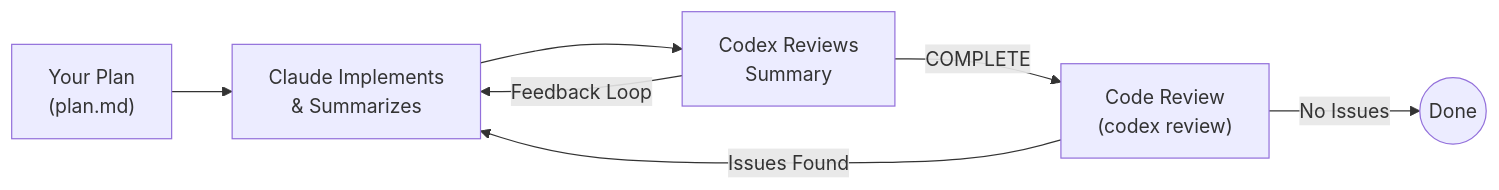
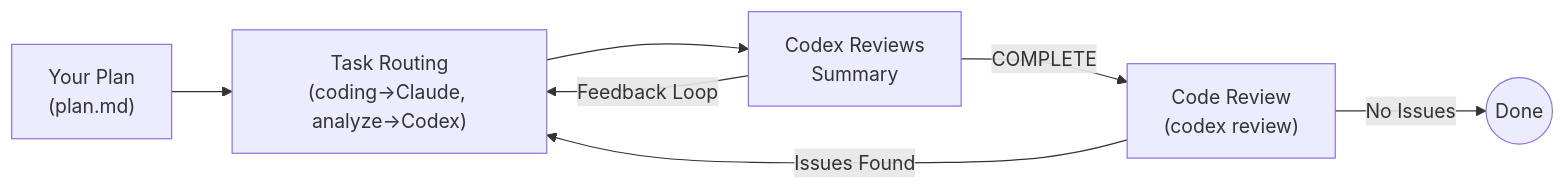
One commit to ZenusZhang/humanize changed the diagram in README.md. Above: the diagram before and after it, drawn with Mermaid. The commit also changed other lines of this file and 8 other files, not shown here.

Commit message:
Implement task-tag routing for coding/analyze execution

````diff
--- a/README.md
+++ b/README.md
@@ -100,9 +100,9 @@
 ```mermaid
 flowchart LR
-    Plan["Your Plan<br/>(plan.md)"] --> Claude["Claude Implements<br/>& Summarizes"]
+    Plan["Your Plan<br/>(plan.md)"] --> Claude["Task Routing<br/>(coding->Claude, analyze->Codex)"]
     Claude --> Codex["Codex Reviews<br/>Summary"]
     Codex -->|Feedback Loop| Claude
     Codex -->|COMPLETE| Review["Code Review<br/>(codex review)"]
     Review -->|Issues Found| Claude
     Review -->|No Issues| Done((Done))
 ```
````
